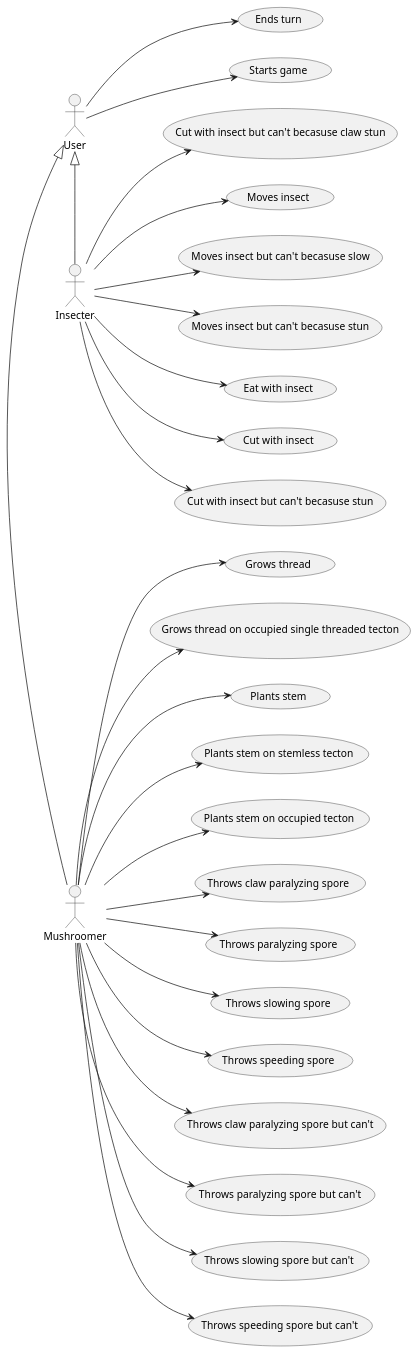
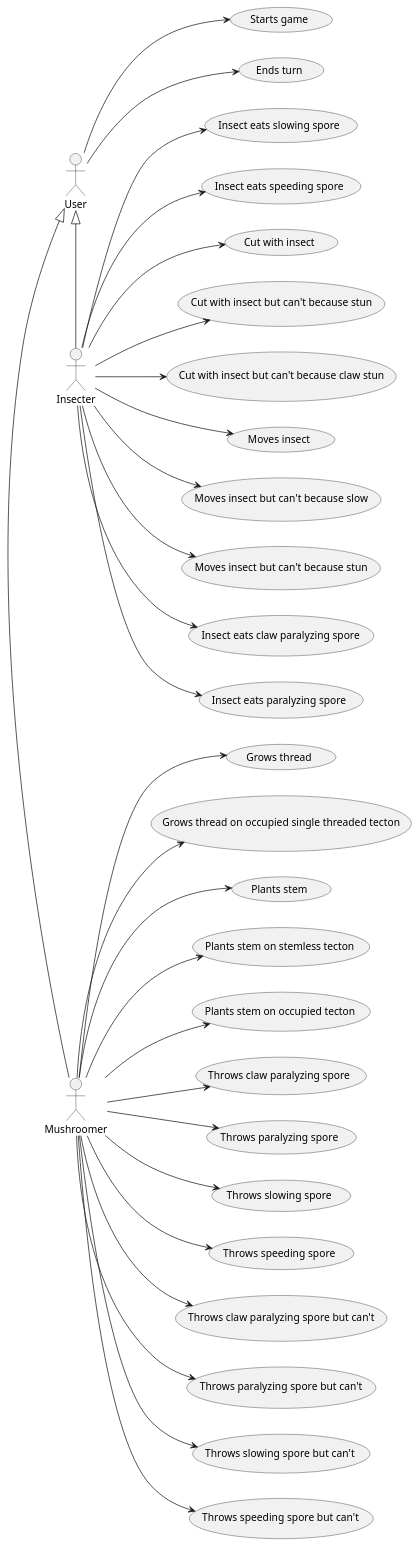
Before and after one commit to Petya-G/fungorium: the diagram in 5/usecase/uc.puml, drawn with PlantUML. The commit also changed 1 other file, not shown here.

```diff
--- a/5/usecase/uc.puml
+++ b/5/usecase/uc.puml
@@ -1,35 +1,40 @@
 @startuml player
 
 Mushroomer -left-|> User
 Insecter -left-|> User
 
 left to right direction
 User --> (Ends turn)
 User --> (Starts game)
 
 Mushroomer --> (Plants stem)
 Mushroomer --> (Plants stem on stemless tecton)
 Mushroomer --> (Plants stem on occupied tecton)
 'Mushroomer --> (Levels up stem)
 Mushroomer --> (Throws claw paralyzing spore)
 Mushroomer --> (Throws paralyzing spore)
 Mushroomer --> (Throws slowing spore)
 Mushroomer --> (Throws speeding spore)
 
 Mushroomer --> (Throws claw paralyzing spore but can't)
 Mushroomer --> (Throws paralyzing spore but can't)
 Mushroomer --> (Throws slowing spore but can't)
 Mushroomer --> (Throws speeding spore but can't)
 
 Mushroomer --> (Grows thread)
 Mushroomer --> (Grows thread on occupied single threaded tecton)
 
 Insecter --> (Moves insect)
-Insecter --> (Moves insect but can't becasuse slow)
-Insecter --> (Moves insect but can't becasuse stun)
-Insecter --> (Eat with insect)
+Insecter --> (Moves insect but can't because slow)
+Insecter --> (Moves insect but can't because stun)
+
+Insecter --> (Insect eats claw paralyzing spore)
+Insecter --> (Insect eats paralyzing spore)
+Insecter --> (Insect eats slowing spore)
+Insecter --> (Insect eats speeding spore)
+
 Insecter --> (Cut with insect)
-Insecter --> (Cut with insect but can't becasuse stun)
-Insecter --> (Cut with insect but can't becasuse claw stun)
+Insecter --> (Cut with insect but can't because stun)
+Insecter --> (Cut with insect but can't because claw stun)
 
 @enduml
```
